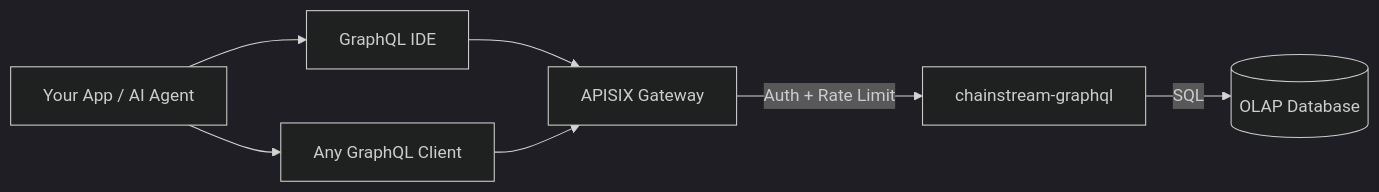
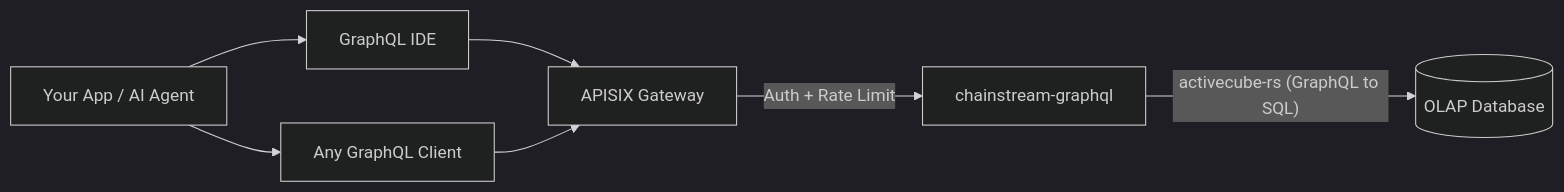
Before and after one commit to chainstream-io/docs: the diagram in cn/graphql/getting-started/overview.mdx, drawn with Mermaid (dark theme). The commit also changed other lines of this file and 657 other files, not shown here.

First line of the commit message:
feat: comprehensive docs overhaul — GraphQL, i18n, DeFi, playbooks

````diff
--- a/cn/graphql/getting-started/overview.mdx
+++ b/cn/graphql/getting-started/overview.mdx
@@ -102,9 +138,9 @@
 ```mermaid
 graph LR
     A[Your App / AI Agent] --> B[GraphQL IDE]
     A --> C[Any GraphQL Client]
     B --> D[APISIX Gateway]
     C --> D
     D -->|Auth + Rate Limit| E[chainstream-graphql]
-    E -->|SQL| F[(OLAP Database)]
+    E -->|"activecube-rs (GraphQL to SQL)"| F[(OLAP Database)]
 ```
````
